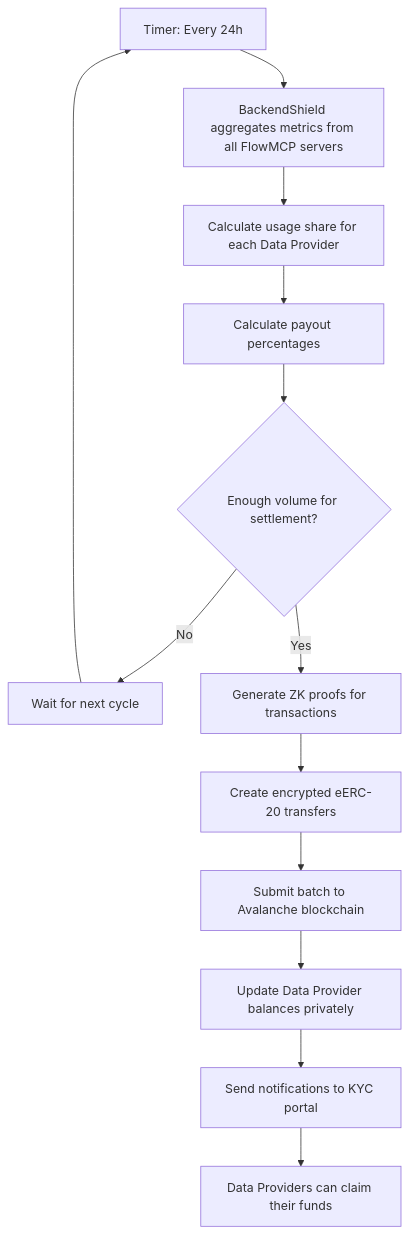
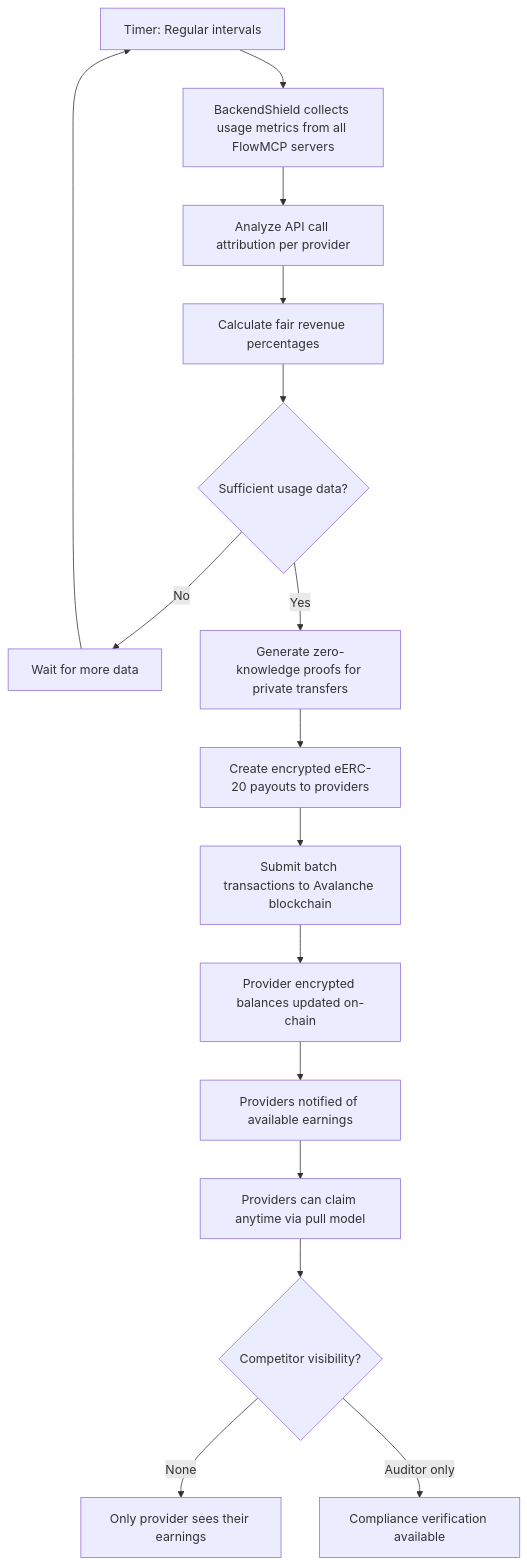
One commit to a6b8/backendshield changed the second of 2 diagrams in about/USER_FLOW.md. Above: the diagram before and after it, drawn with Mermaid. The commit also changed other lines of this file and 38 other files, not shown here.

````diff
--- a/about/USER_FLOW.md
+++ b/about/USER_FLOW.md
@@ -41,18 +41,22 @@
 ```mermaid
 graph TD
-    A[Timer: Every 24h] --> B[BackendShield aggregates metrics from all FlowMCP servers]
-    B --> C[Calculate usage share for each Data Provider]
-    C --> D[Calculate payout percentages]
+    A[Timer: Regular intervals] --> B[BackendShield collects usage metrics from all FlowMCP servers]
+    B --> C[Analyze API call attribution per provider]
+    C --> D[Calculate fair revenue percentages]
     
-    D --> E{Enough volume for settlement?}
-    E -->|No| F[Wait for next cycle]
-    E -->|Yes| G[Generate ZK proofs for transactions]
+    D --> E{Sufficient usage data?}
+    E -->|No| F[Wait for more data]
+    E -->|Yes| G[Generate zero-knowledge proofs for private transfers]
     
-    G --> H[Create encrypted eERC-20 transfers]
-    H --> I[Submit batch to Avalanche blockchain]
-    I --> J[Update Data Provider balances privately]
-    J --> K[Send notifications to KYC portal]
+    G --> H[Create encrypted eERC-20 payouts to providers]
+    H --> I[Submit batch transactions to Avalanche blockchain]
+    I --> J[Provider encrypted balances updated on-chain]
+    J --> K[Providers notified of available earnings]
     
-    K --> L[Data Providers can claim their funds]
+    K --> L[Providers can claim anytime via pull model]
     F --> A
+    
+    L --> M{Competitor visibility?}
+    M -->|None| N[Only provider sees their earnings]
+    M -->|Auditor only| O[Compliance verification available]
 ```
````
